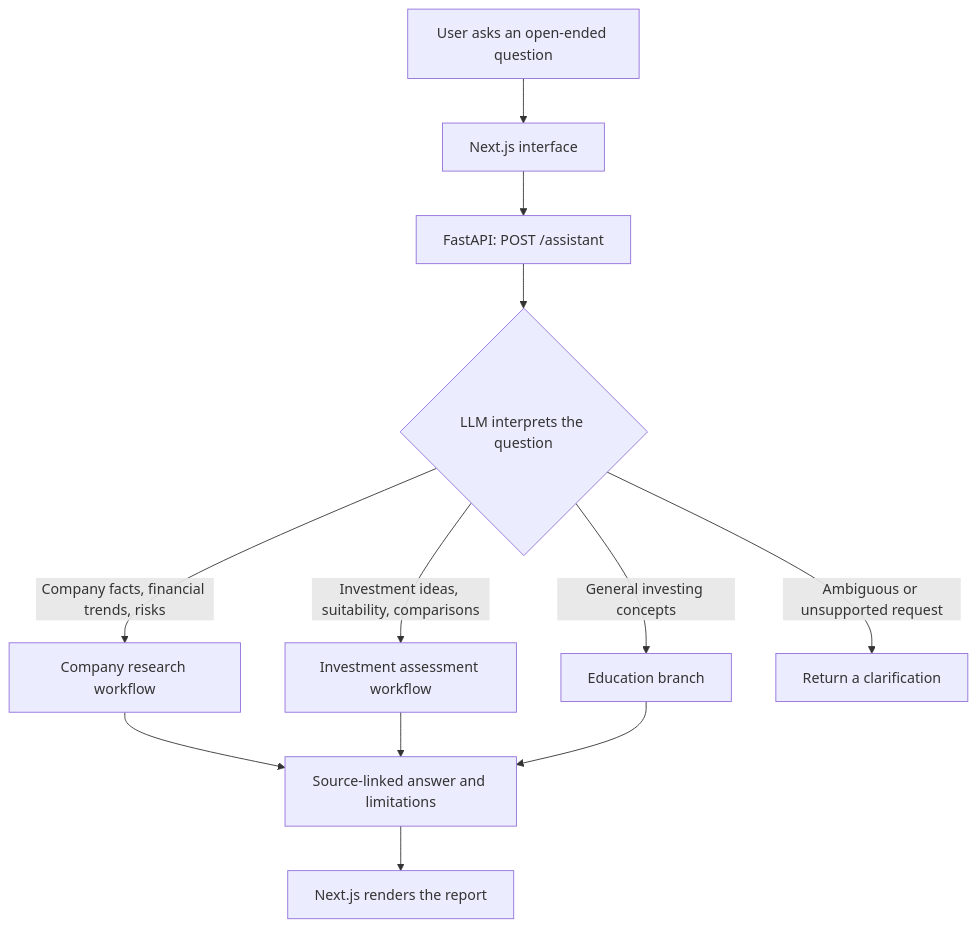
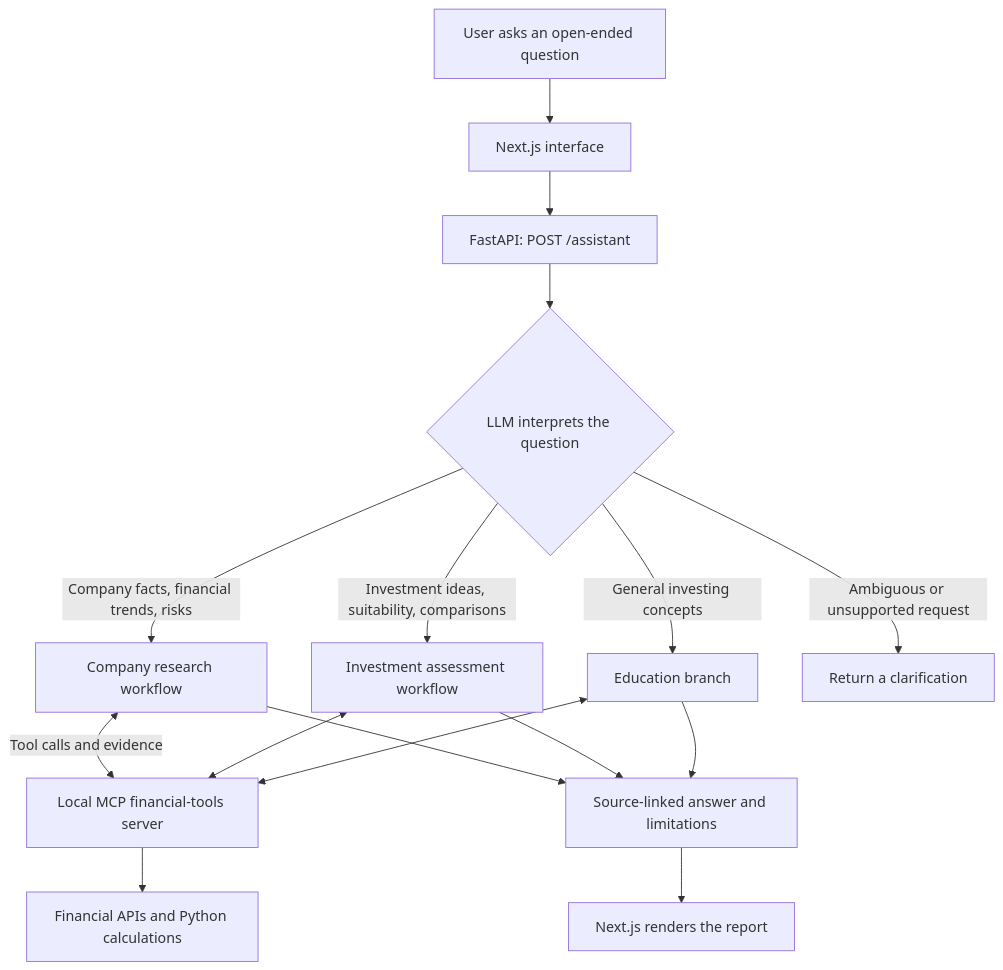
Before and after one commit to joshua-joseph05/financial-research-agent: the diagram in README.md, drawn with Mermaid. The commit also changed other lines of this file and 28 other files, not shown here.

Commit message:
Require MCP financial tools and add evaluation workflows

````diff
--- a/README.md
+++ b/README.md
@@ -54,14 +54,18 @@
 ```mermaid
 flowchart TD
     User["User asks an open-ended question"] --> UI["Next.js interface"]
     UI --> API["FastAPI: POST /assistant"]
     API --> Router{"LLM interprets the question"}
     Router -->|Company facts, financial trends, risks| Research["Company research workflow"]
     Router -->|Investment ideas, suitability, comparisons| Investment["Investment assessment workflow"]
     Router -->|General investing concepts| Education["Education branch"]
     Router -->|Ambiguous or unsupported request| Clarify["Return a clarification"]
+    Research <-->|Tool calls and evidence| MCP["Local MCP financial-tools server"]
+    Investment <--> MCP
+    Education <--> MCP
+    MCP --> Providers["Financial APIs and Python calculations"]
     Research --> Report["Source-linked answer and limitations"]
     Investment --> Report
     Education --> Report
     Report --> Display["Next.js renders the report"]
 ```
````
